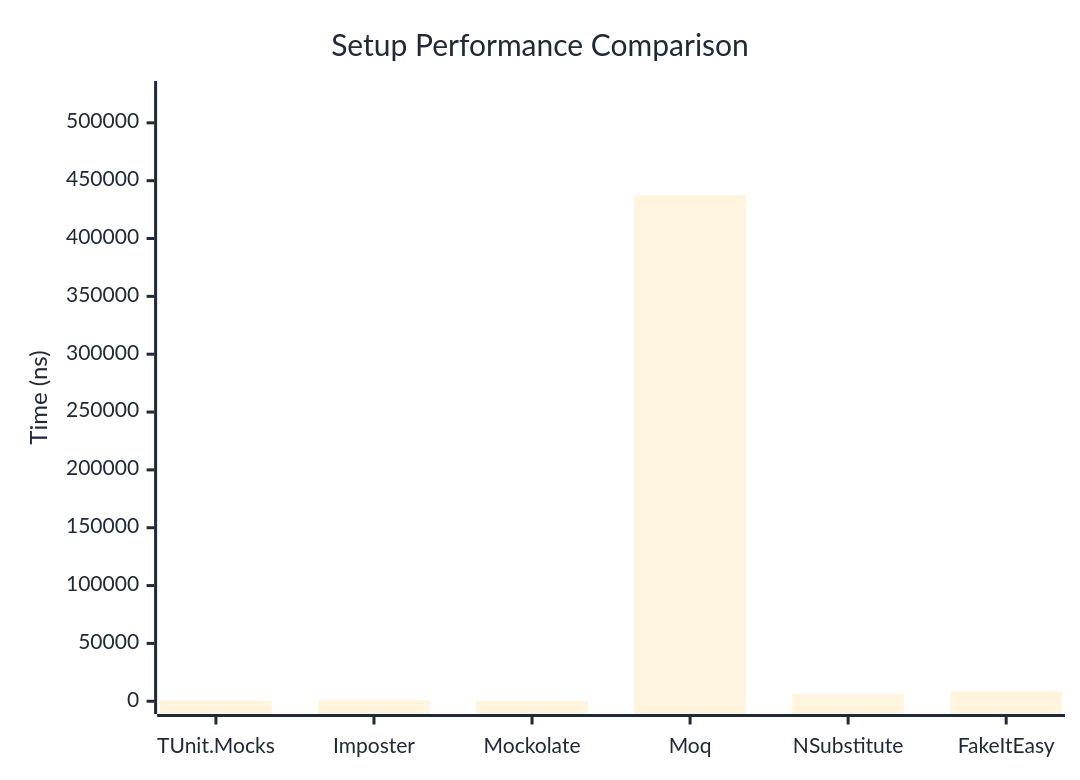
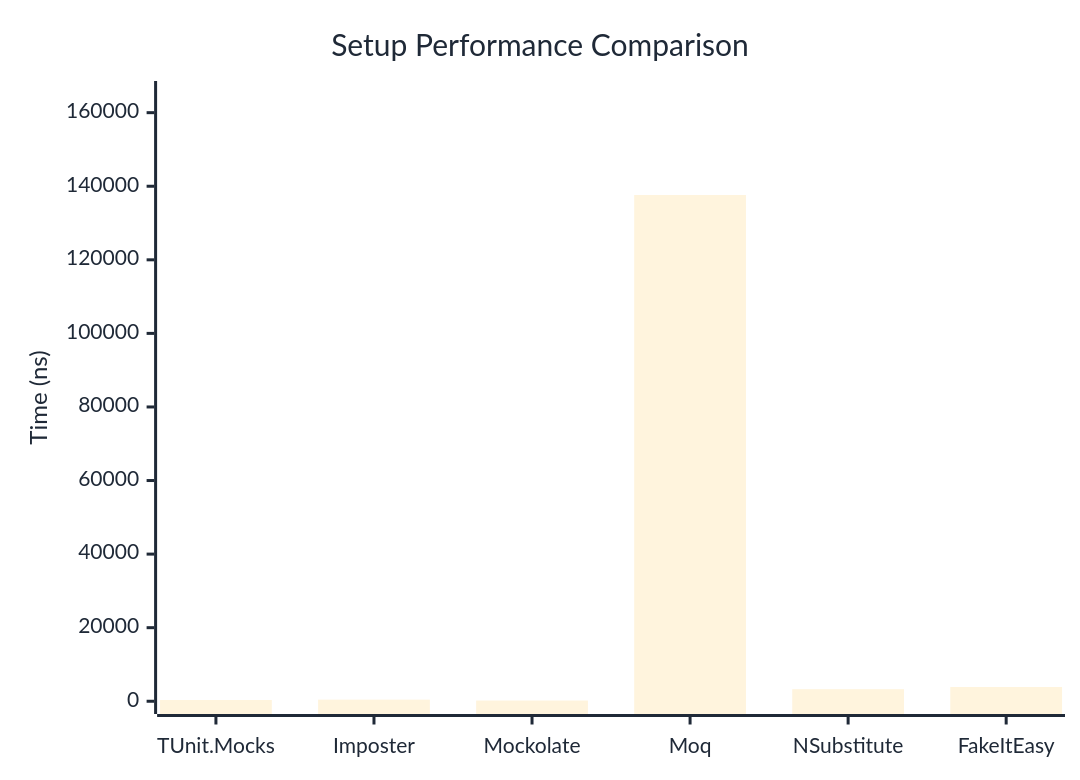
The first of 2 diagrams in docs/docs/benchmarks/mocks/Setup.md (thomhurst/TUnit), drawn with Mermaid before and after one commit. The commit also changed other lines of this file and 14 other files, not shown here.

````diff
--- a/docs/docs/benchmarks/mocks/Setup.md
+++ b/docs/docs/benchmarks/mocks/Setup.md
@@ -30,27 +30,27 @@
 ```mermaid
 %%{init: {
   'theme':'base',
   'themeVariables': {
     'primaryColor': '#2563eb',
     'primaryTextColor': '#1f2937',
     'primaryBorderColor': '#1e40af',
     'lineColor': '#6b7280',
     'secondaryColor': '#7c3aed',
     'tertiaryColor': '#dc2626',
     'background': '#ffffff',
     'pie1': '#2563eb',
     'pie2': '#7c3aed',
     'pie3': '#dc2626',
     'pie4': '#f59e0b',
     'pie5': '#10b981',
     'pie6': '#06b6d4',
     'pie7': '#ec4899',
     'pie8': '#6366f1'
   }
 }}%%
 xychart-beta
   title "Setup Performance Comparison"
   x-axis ["TUnit.Mocks", "Imposter", "Mockolate", "Moq", "NSubstitute", "FakeItEasy"]
-  y-axis "Time (ns)" 0 --> 525144
-  bar [499.9, 779.1, 313.1, 437619.8, 6439.4, 8622.4]
+  y-axis "Time (ns)" 0 --> 165143
+  bar [333.5, 439.8, 192.2, 137618.8, 3278.1, 3870.2]
 ```
````
